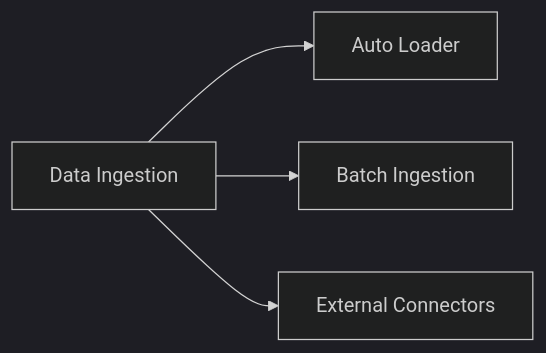
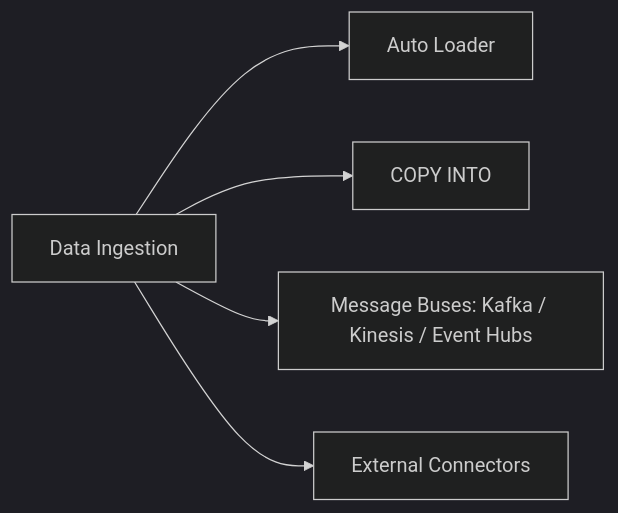
One commit to kengio/databricks-certification-study-guide changed the diagram in certifications/data-engineer-professional/07-data-ingestion-and-acquisition/README.md. Above: the diagram before and after it, drawn with Mermaid (dark theme). The commit also changed other lines of this file and 9 other files, not shown here.

````diff
--- a/certifications/data-engineer-professional/07-data-ingestion-and-acquisition/README.md
+++ b/certifications/data-engineer-professional/07-data-ingestion-and-acquisition/README.md
@@ -17,6 +17,7 @@
 ```mermaid
 flowchart LR
     Ing[Data Ingestion] --> AL[Auto Loader]
-    Ing --> Batch[Batch Ingestion]
+    Ing --> COPY[COPY INTO]
+    Ing --> MB[Message Buses: Kafka / Kinesis / Event Hubs]
     Ing --> Conn[External Connectors]
 ```
````
